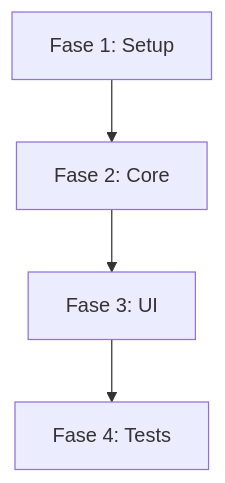
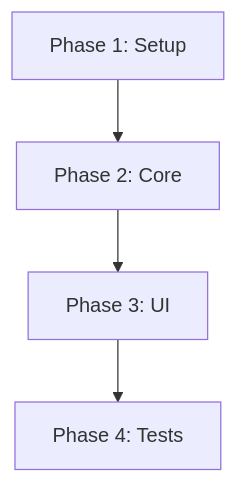
The third of 5 diagrams in skills/planning-flow/SKILL.md (alvarolizama/dran), drawn with Mermaid before and after one commit. The commit also changed other lines of this file and 11 other files, not shown here.

Commit message:
feat: traducir skills de dran al inglés (9 flows + dran + references)

````diff
--- a/skills/planning-flow/SKILL.md
+++ b/skills/planning-flow/SKILL.md
@@ -139,6 +173,6 @@
 ```mermaid
 flowchart TD
-  F1["Fase 1: Setup"] --> F2["Fase 2: Core"]
-  F2 --> F3["Fase 3: UI"]
-  F3 --> F4["Fase 4: Tests"]
+  F1["Phase 1: Setup"] --> F2["Phase 2: Core"]
+  F2 --> F3["Phase 3: UI"]
+  F3 --> F4["Phase 4: Tests"]
 ```
````
